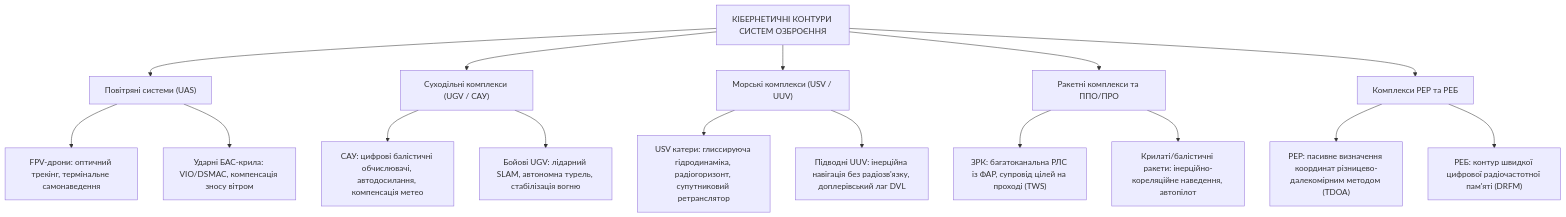
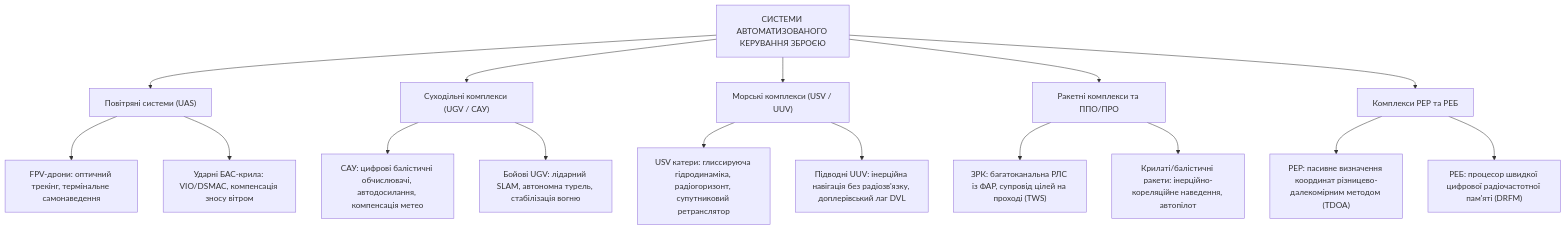
The second of 4 diagrams in MilTech/Military-Cybernetics-Weapons-Control-Systems-UA.md (nick-fedchik/articles), drawn with Mermaid before and after one commit. The commit also changed other lines of this file and 10 other files, not shown here.

````diff
--- a/MilTech/Military-Cybernetics-Weapons-Control-Systems-UA.md
+++ b/MilTech/Military-Cybernetics-Weapons-Control-Systems-UA.md
@@ -76,25 +76,25 @@
 ```mermaid
 flowchart TD
-    Platforms["КІБЕРНЕТИЧНІ КОНТУРИ СИСТЕМ ОЗБРОЄННЯ"]
+    Platforms["СИСТЕМИ АВТОМАТИЗОВАНОГО КЕРУВАННЯ ЗБРОЄЮ"]
     
     Platforms --> Air["Повітряні системи (UAS)"]
     Platforms --> Ground["Суходільні комплекси (UGV / САУ)"]
     Platforms --> Naval["Морські комплекси (USV / UUV)"]
     Platforms --> AD_Missiles["Ракетні комплекси та ППО/ПРО"]
     Platforms --> EW_ELINT["Комплекси РЕР та РЕБ"]
 
     Air --> A1["FPV-дрони: оптичний трекінг, термінальне самонаведення"]
     Air --> A2["Ударні БАС-крила: VIO/DSMAC, компенсація зносу вітром"]
     
     Ground --> G1["САУ: цифрові балістичні обчислювачі, автодосилання, компенсація метео"]
     Ground --> G2["Бойові UGV: лідарний SLAM, автономна турель, стабілізація вогню"]
     
     Naval --> N1["USV катери: глиссируюча гідродинаміка, радіогоризонт, супутниковий ретранслятор"]
     Naval --> N2["Підводні UUV: інерційна навігація без радіозв'язку, доплерівський лаг DVL"]
     
     AD_Missiles --> M1["ЗРК: багатоканальна РЛС із ФАР, супровід цілей на проході (TWS)"]
     AD_Missiles --> M2["Крилаті/балістичні ракети: інерційно-кореляційне наведення, автопілот"]
     
     EW_ELINT --> E1["РЕР: пасивне визначення координат різницево-далекомірним методом (TDOA)"]
-    EW_ELINT --> E2["РЕБ: контур швидкої цифрової радіочастотної пам'яті (DRFM)"]
+    EW_ELINT --> E2["РЕБ: процесор швидкої цифрової радіочастотної пам'яті (DRFM)"]
 ```
````
